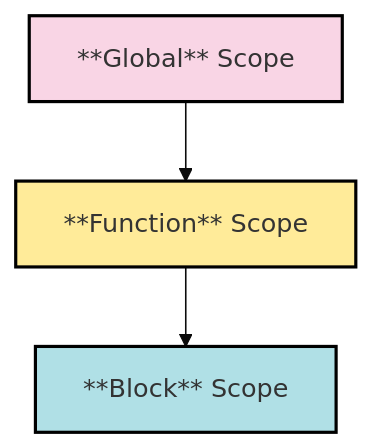
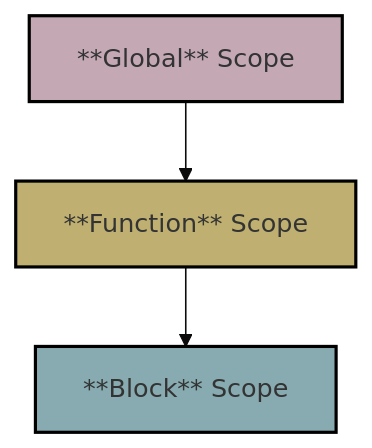
One commit to alex-monichev/hello-web changed the third of 8 diagrams in notes/js.md. Above: the diagram before and after it, drawn with Mermaid (base theme). The commit also changed other lines of this file, not shown here.

````diff
--- a/notes/js.md
+++ b/notes/js.md
@@ -561,10 +555,10 @@
 ```mermaid
 graph TD
     A[**Global** Scope]
     B[**Function** Scope]
     C[**Block** Scope]
     A --> B --> C 
-    style A fill:#f9d5e5,stroke:#000000,stroke-width:2px
-    style B fill:#ffeb99,stroke:#000000,stroke-width:2px
-    style C fill:#b0e0e6,stroke:#000000,stroke-width:2px
+    style A fill:#c4a9b5,stroke:#000000,stroke-width:2px
+    style B fill:#bfb071,stroke:#000000,stroke-width:2px
+    style C fill:#87abb0,stroke:#000000,stroke-width:2px
 ```
````
